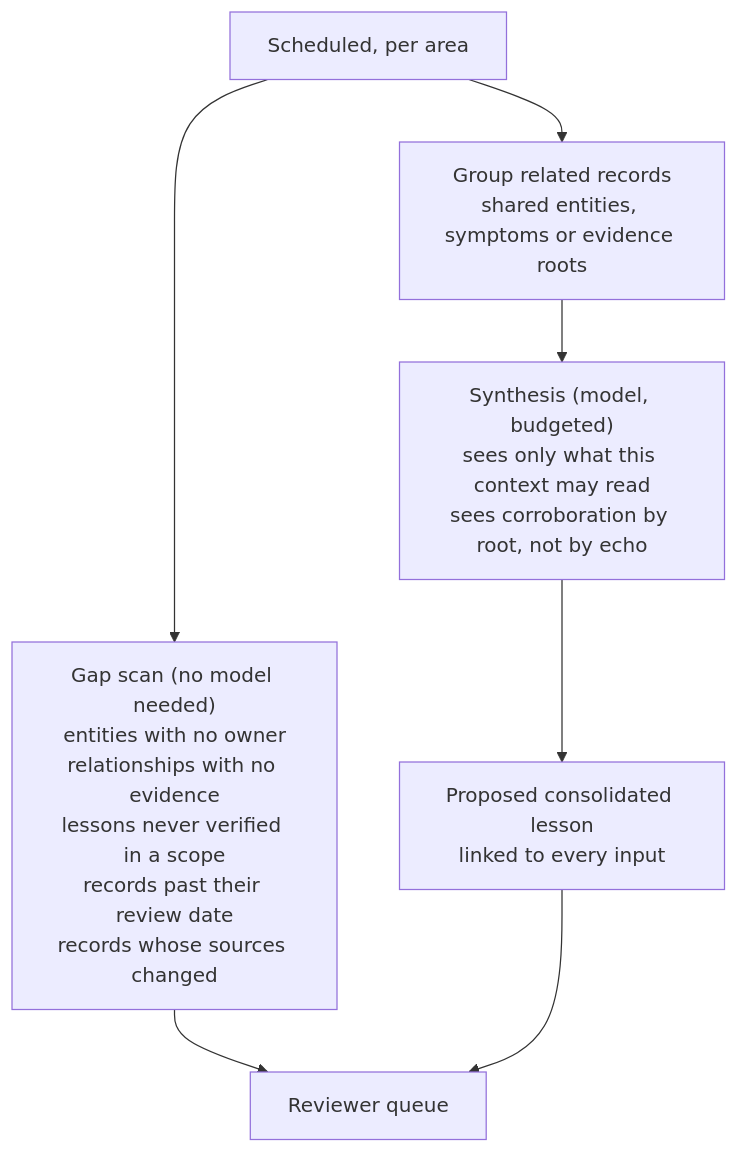
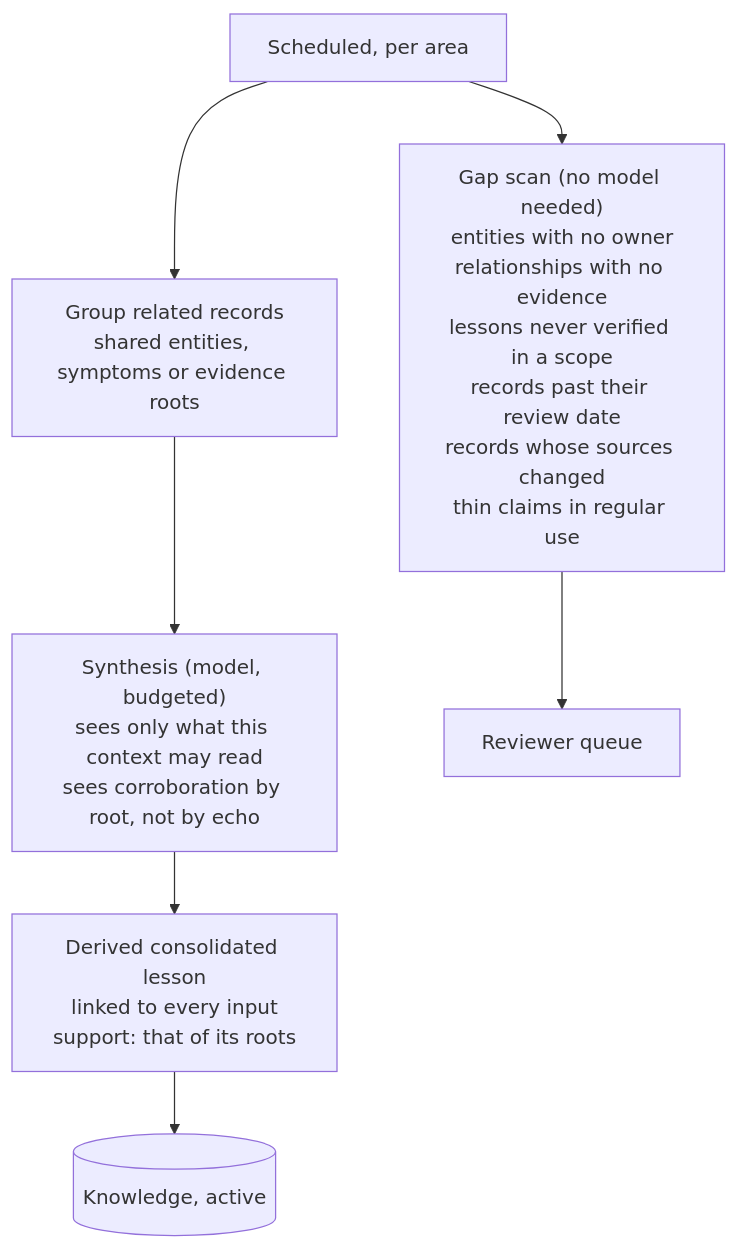
The ninth of 9 diagrams in docs/planning/05-how-froodbase-works.md (rztaylor/Froodbase), drawn with Mermaid before and after one commit. The commit also changed other lines of this file and 14 other files, not shown here.

First line of the commit message:
FRB-46 Knowledge earns certainty from evidence and use; reports are never an input

````diff
--- a/docs/planning/05-how-froodbase-works.md
+++ b/docs/planning/05-how-froodbase-works.md
@@ -352,9 +371,9 @@
 ```mermaid
 flowchart TD
-    T["Scheduled, per area"] --> G["Gap scan (no model needed)<br/>entities with no owner<br/>relationships with no evidence<br/>lessons never verified in a scope<br/>records past their review date<br/>records whose sources changed"]
+    T["Scheduled, per area"] --> G["Gap scan (no model needed)<br/>entities with no owner<br/>relationships with no evidence<br/>lessons never verified in a scope<br/>records past their review date<br/>records whose sources changed<br/>thin claims in regular use"]
     T --> K["Group related records<br/>shared entities, symptoms or evidence roots"]
     K --> Y["Synthesis (model, budgeted)<br/>sees only what this context may read<br/>sees corroboration by root, not by echo"]
-    Y --> L["Proposed consolidated lesson<br/>linked to every input"]
+    Y --> L["Derived consolidated lesson<br/>linked to every input<br/>support: that of its roots"]
     G --> RQ["Reviewer queue"]
-    L --> RQ
+    L --> KB[("Knowledge, active")]
 ```
````
